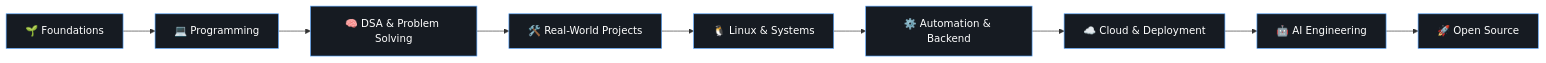
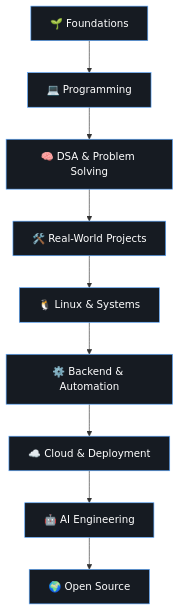
One commit to shabi-2-2/shabi-2-2 changed the diagram in README.md. Above: the diagram before and after it, drawn with Mermaid. The commit also changed other lines of this file, not shown here.

````diff
--- a/README.md
+++ b/README.md
@@ -25,21 +79,21 @@
 ```mermaid
-flowchart LR
+flowchart TD
     A["🌱 Foundations"] --> B["💻 Programming"]
     B --> C["🧠 DSA & Problem Solving"]
     C --> D["🛠️ Real-World Projects"]
     D --> E["🐧 Linux & Systems"]
-    E --> F["⚙️ Automation & Backend"]
+    E --> F["⚙️ Backend & Automation"]
     F --> G["☁️ Cloud & Deployment"]
     G --> H["🤖 AI Engineering"]
-    H --> I["🚀 Open Source"]
+    H --> I["🌍 Open Source"]
 
     style A fill:#161b22,stroke:#58a6ff,color:#fff
     style B fill:#161b22,stroke:#58a6ff,color:#fff
     style C fill:#161b22,stroke:#58a6ff,color:#fff
     style D fill:#161b22,stroke:#58a6ff,color:#fff
     style E fill:#161b22,stroke:#58a6ff,color:#fff
     style F fill:#161b22,stroke:#58a6ff,color:#fff
     style G fill:#161b22,stroke:#58a6ff,color:#fff
     style H fill:#161b22,stroke:#58a6ff,color:#fff
     style I fill:#161b22,stroke:#58a6ff,color:#fff
 ```
````
